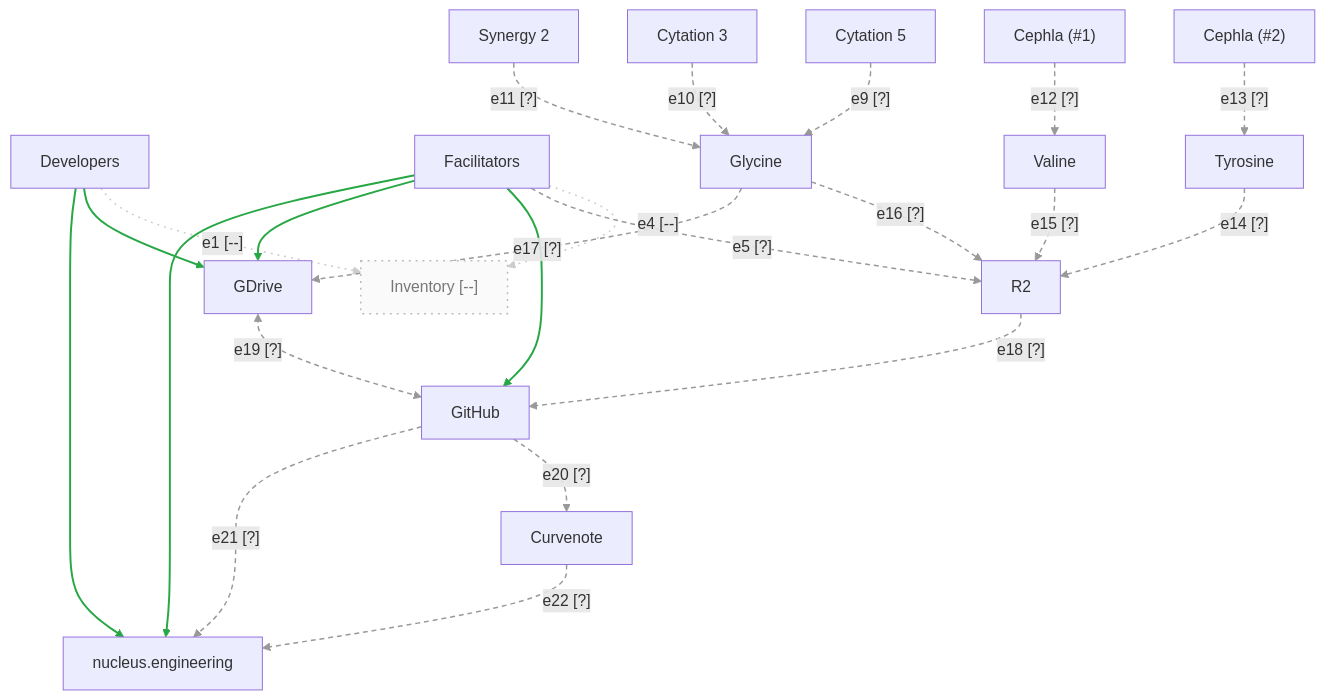
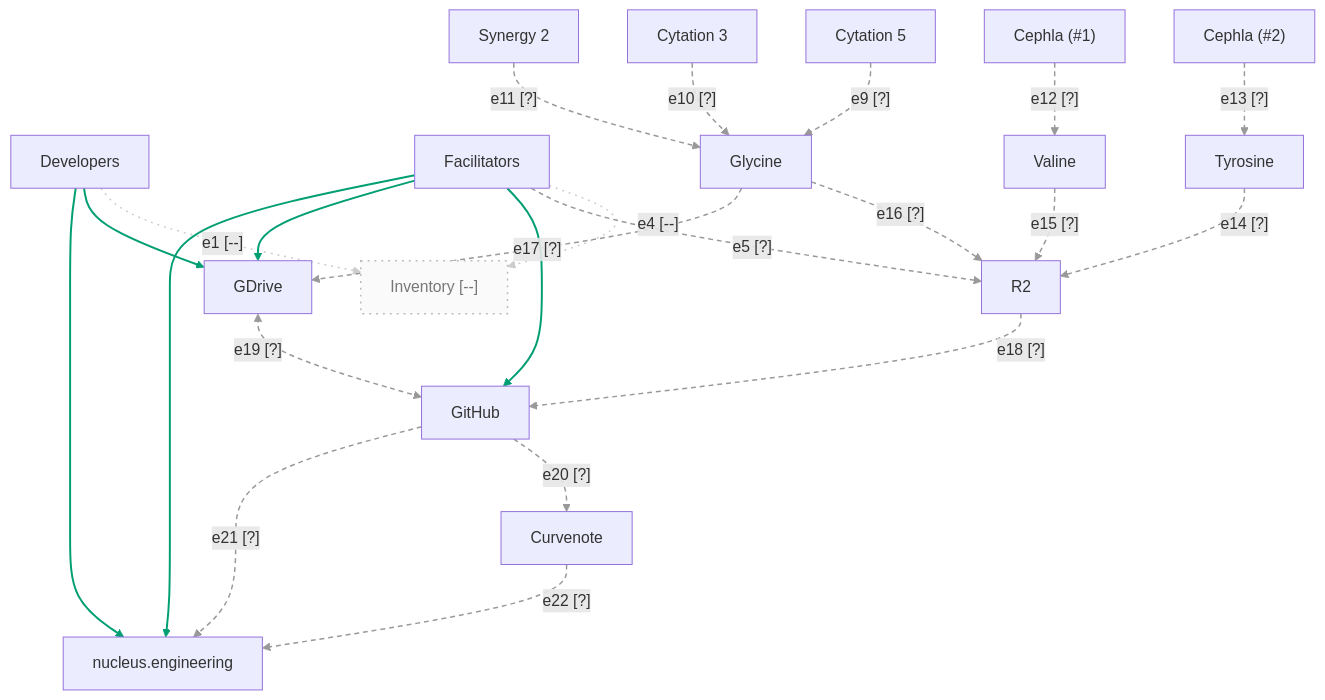
The diagram in devnotes/devstudio/resources/data-flow.md (nucleus-eng/nucleus-devnote-archive-1), drawn with Mermaid before and after one commit. The commit also changed other lines of this file and 5 other files, not shown here.

First line of the commit message:
Publish the DevStudio diagrams reviewed with Anton on 13 Sept

````diff
--- a/devnotes/devstudio/resources/data-flow.md
+++ b/devnotes/devstudio/resources/data-flow.md
@@ -11,8 +12,10 @@
     %% 
     %% STATUS STYLES
     %% 
-    classDef eWorking stroke:#28a745,stroke-width:2px
-    classDef eBroken  stroke:#d73a49,stroke-width:3.5px
+    %% Okabe-Ito, colourblind-safe. Line weight and dash carry the status too,
+    %% so colour is never the only channel.
+    classDef eWorking stroke:#009E73,stroke-width:2px
+    classDef eBroken  stroke:#D55E00,stroke-width:3.5px
     classDef eTesting stroke:#999999,stroke-width:1.5px,stroke-dasharray:5 4
     classDef eMissing stroke:#cccccc,stroke-width:1.5px,stroke-dasharray:2 5
     %% box styles: nWorking / nBroken / nTesting to follow the same pattern
@@ -100,4 +103,24 @@
 
     %% BOX STATUS
     class INV nMissing
+
+    %% 
+    %% LINKS — each box to its entry under # Locations
+    %% 
+    click DEV "#developers"
+    click FAC "#facilitators"
+    click NUC "#nucleusengineering"
+    click INV "#inventory"
+    click CY5 "#cytation-5"
+    click CY3 "#cytation-3"
+    click S2 "#synergy-2"
+    click MS1 "#cephla-1"
+    click MS2 "#cephla-2"
+    click GLY "#glycine"
+    click TYR "#tyrosine"
+    click VAL "#valine"
+    click R2 "#r2"
+    click GDRIVE "#gdrive"
+    click GIT "#github"
+    click CN "#curvenote"
 ```
````
